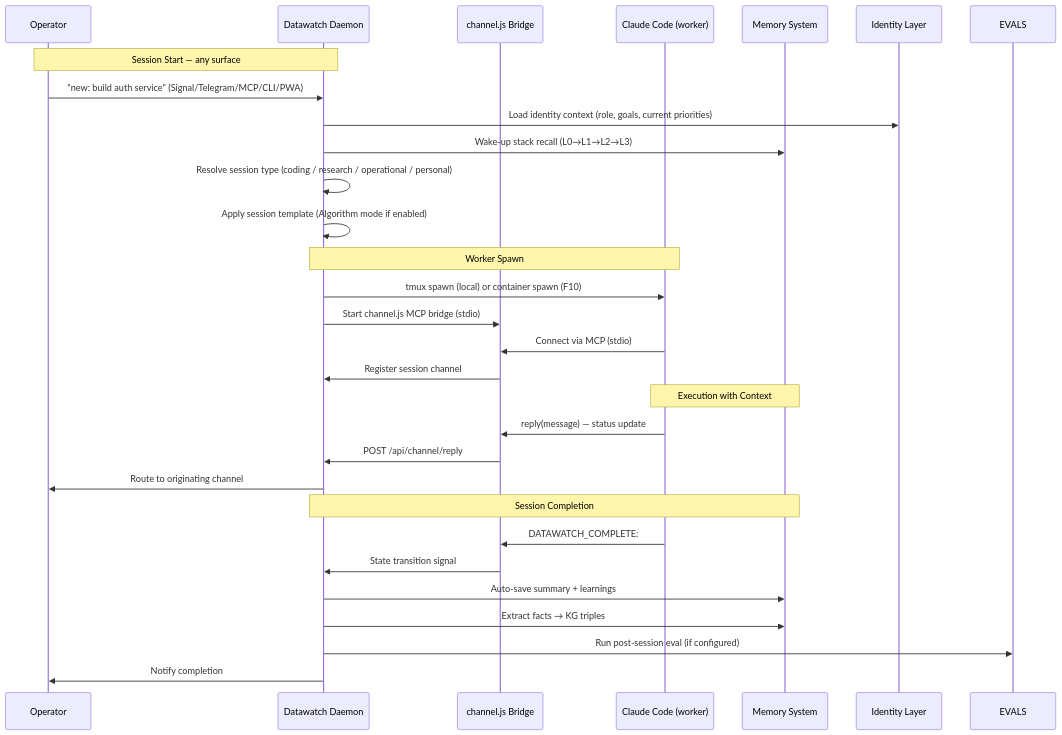
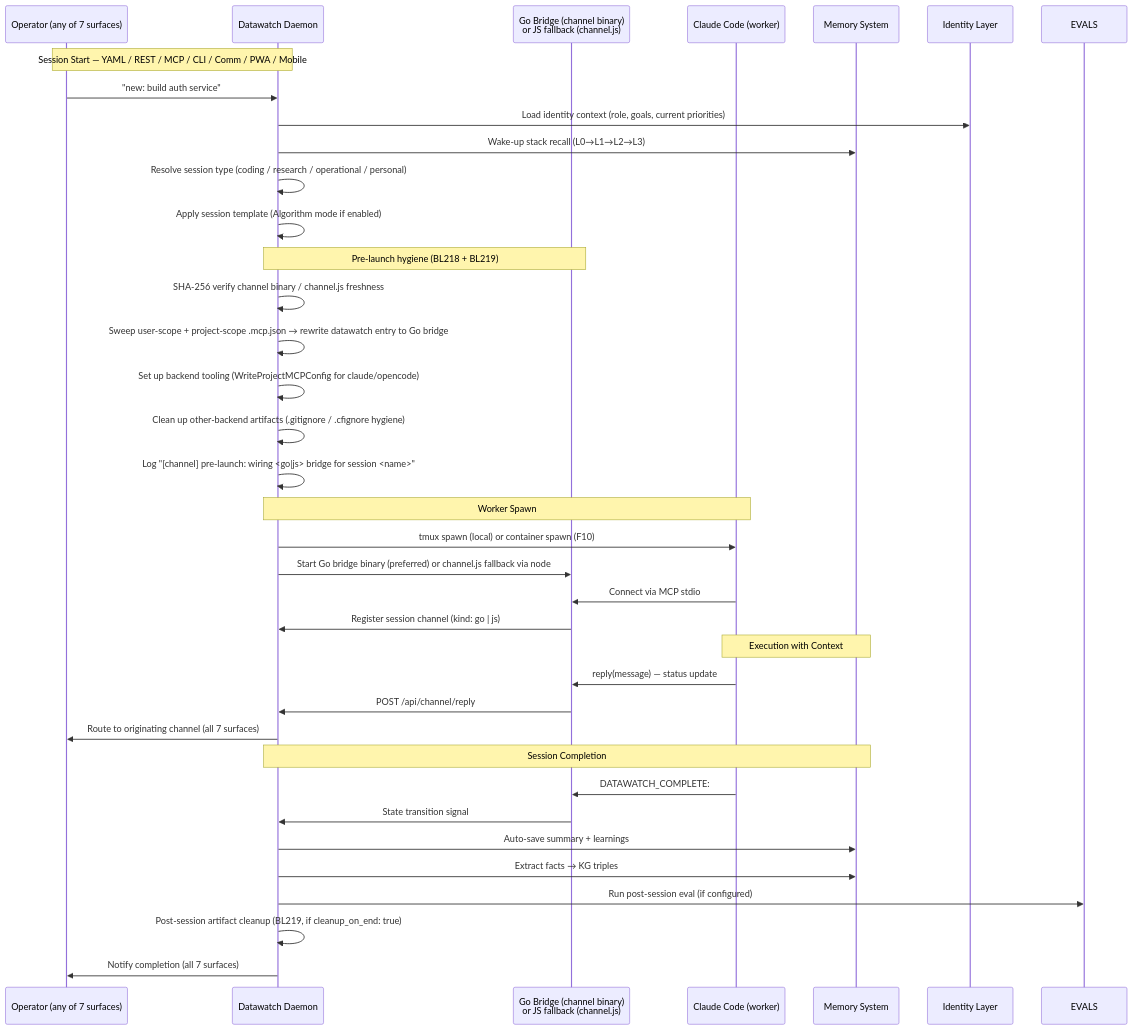
Before and after one commit to dmz006/datawatch: the second of 6 diagrams in docs/plans/2026-05-02-unified-ai-platform-design.md, drawn with Mermaid. The commit also changed other lines of this file, not shown here.

First line of the commit message:
docs: expand unified platform design with full 7-surface parity throughout

````diff
--- a/docs/plans/2026-05-02-unified-ai-platform-design.md
+++ b/docs/plans/2026-05-02-unified-ai-platform-design.md
@@ -214,35 +228,43 @@
 ```mermaid
 sequenceDiagram
-    participant OP as Operator
+    participant OP as Operator (any of 7 surfaces)
     participant DW as Datawatch Daemon
-    participant CHAN as channel.js Bridge
+    participant BRIDGE as Go Bridge (channel binary)<br/>or JS fallback (channel.js)
     participant CC as Claude Code (worker)
     participant MEM as Memory System
     participant TELOS as Identity Layer
 
-    Note over OP,DW: Session Start — any surface
-    OP->>DW: "new: build auth service" (Signal/Telegram/MCP/CLI/PWA)
+    Note over OP,DW: Session Start — YAML / REST / MCP / CLI / Comm / PWA / Mobile
+    OP->>DW: "new: build auth service"
     DW->>TELOS: Load identity context (role, goals, current priorities)
     DW->>MEM: Wake-up stack recall (L0→L1→L2→L3)
     DW->>DW: Resolve session type (coding / research / operational / personal)
     DW->>DW: Apply session template (Algorithm mode if enabled)
-    
+
+    Note over DW,BRIDGE: Pre-launch hygiene (BL218 + BL219)
+    DW->>DW: SHA-256 verify channel binary / channel.js freshness
+    DW->>DW: Sweep user-scope + project-scope .mcp.json → rewrite datawatch entry to Go bridge
+    DW->>DW: Set up backend tooling (WriteProjectMCPConfig for claude/opencode)
+    DW->>DW: Clean up other-backend artifacts (.gitignore / .cfignore hygiene)
+    DW->>DW: Log "[channel] pre-launch: wiring <go|js> bridge for session <name>"
+
     Note over DW,CC: Worker Spawn
     DW->>CC: tmux spawn (local) or container spawn (F10)
-    DW->>CHAN: Start channel.js MCP bridge (stdio)
-    CC->>CHAN: Connect via MCP (stdio)
-    CHAN->>DW: Register session channel
+    DW->>BRIDGE: Start Go bridge binary (preferred) or channel.js fallback via node
+    CC->>BRIDGE: Connect via MCP stdio
+    BRIDGE->>DW: Register session channel (kind: go | js)
 
     Note over CC,MEM: Execution with Context
-    CC->>CHAN: reply(message) — status update
-    CHAN->>DW: POST /api/channel/reply
-    DW->>OP: Route to originating channel
-    
+    CC->>BRIDGE: reply(message) — status update
+    BRIDGE->>DW: POST /api/channel/reply
+    DW->>OP: Route to originating channel (all 7 surfaces)
+
     Note over DW,MEM: Session Completion
-    CC->>CHAN: DATAWATCH_COMPLETE:
-    CHAN->>DW: State transition signal
+    CC->>BRIDGE: DATAWATCH_COMPLETE:
+    BRIDGE->>DW: State transition signal
     DW->>MEM: Auto-save summary + learnings
     DW->>MEM: Extract facts → KG triples
     DW->>EVALS: Run post-session eval (if configured)
-    DW->>OP: Notify completion
+    DW->>DW: Post-session artifact cleanup (BL219, if cleanup_on_end: true)
+    DW->>OP: Notify completion (all 7 surfaces)
 ```
````
